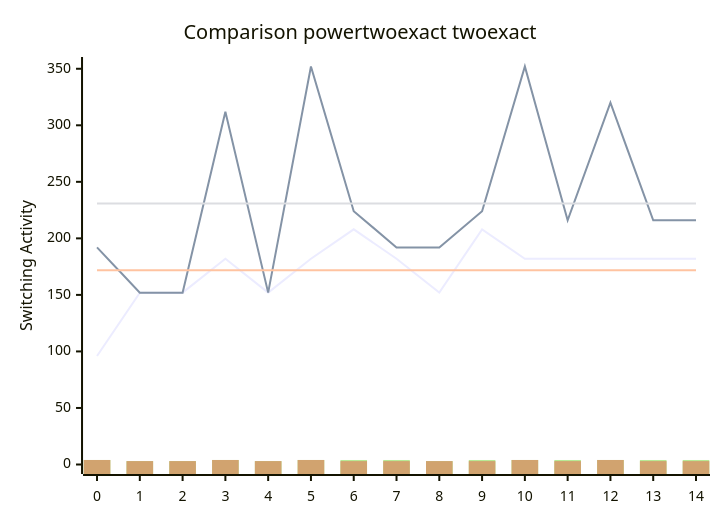
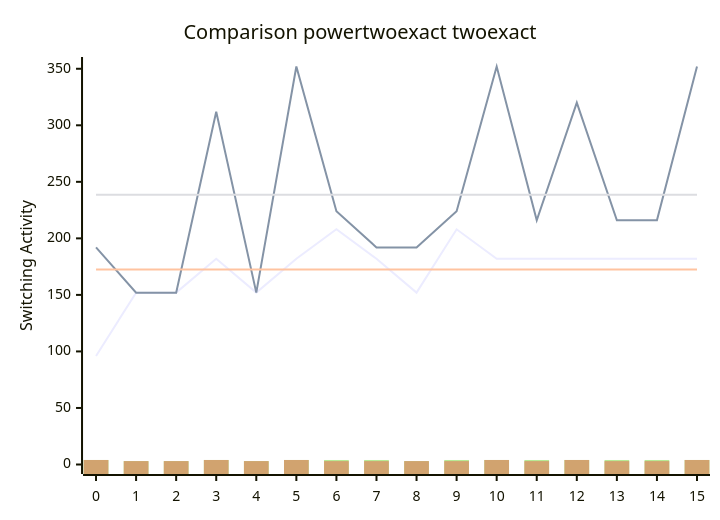
One commit to FeldmeierMichael/Exact-Power-Synthesis changed the diagram in benchmark.md. Above: the diagram before and after it, drawn with Mermaid. The commit also changed other lines of this file and 2 other files, not shown here.

````diff
--- a/benchmark.md
+++ b/benchmark.md
@@ -31,12 +33,12 @@
 ```mermaid
 xychart-beta
     title "Comparison powertwoexact twoexact"
-    x-axis [0, 1, 2, 3, 4, 5, 6, 7, 8, 9, 10, 11, 12, 13, 14]
+    x-axis [0, 1, 2, 3, 4, 5, 6, 7, 8, 9, 10, 11, 12, 13, 14, 15]
     y-axis "Switching Activity" 0-->352
-    line [96, 152, 152, 182, 152, 182, 208, 182, 152, 208, 182, 182, 182, 182, 182]
-    line [192, 152, 152, 312, 152, 352, 224, 192, 192, 224, 352, 216, 320, 216, 216]
-    line [171.73333333333332, 171.73333333333332, 171.73333333333332, 171.73333333333332, 171.73333333333332, 171.73333333333332, 171.73333333333332, 171.73333333333332, 171.73333333333332, 171.73333333333332, 171.73333333333332, 171.73333333333332, 171.73333333333332, 171.73333333333332, 171.73333333333332]
-    line [230.93333333333334, 230.93333333333334, 230.93333333333334, 230.93333333333334, 230.93333333333334, 230.93333333333334, 230.93333333333334, 230.93333333333334, 230.93333333333334, 230.93333333333334, 230.93333333333334, 230.93333333333334, 230.93333333333334, 230.93333333333334, 230.93333333333334]
-    bar [4, 3, 3, 4, 3, 4, 4, 4, 3, 4, 4, 4, 4, 4, 4, 4, 3, 3, 4, 3, 4, 4, 4, 3, 4, 4, 4, 4, 4, 4, 4, 3, 3, 4, 3, 4, 4, 4, 3, 4, 4, 4, 4, 4, 4, 4, 3, 3, 4, 3, 4, 4, 4, 3, 4, 4, 4, 4, 4, 4, 4, 3, 3, 4, 3, 4, 4, 4, 3, 4, 4, 4, 4, 4, 4, 4, 3, 3, 4, 3, 4, 4, 4, 3, 4, 4, 4, 4, 4, 4, 4, 3, 3, 4, 3, 4, 4, 4, 3, 4, 4, 4, 4, 4, 4, 4, 3, 3, 4, 3, 4, 4, 4, 3, 4, 4, 4, 4, 4, 4, 4, 3, 3, 4, 3, 4, 4, 4, 3, 4, 4, 4, 4, 4, 4, 4, 3, 3, 4, 3, 4, 4, 4, 3, 4, 4, 4, 4, 4, 4, 4, 3, 3, 4, 3, 4, 4, 4, 3, 4, 4, 4, 4, 4, 4, 4, 3, 3, 4, 3, 4, 4, 4, 3, 4, 4, 4, 4, 4, 4, 4, 3, 3, 4, 3, 4, 4, 4, 3, 4, 4, 4, 4, 4, 4, 4, 3, 3, 4, 3, 4, 4, 4, 3, 4, 4, 4, 4, 4, 4, 4, 3, 3, 4, 3, 4, 4, 4, 3, 4, 4, 4, 4, 4, 4, 4, 3, 3, 4, 3, 4, 4, 4, 3, 4, 4, 4, 4, 4, 4, 4, 3, 3, 4, 3, 4, 4, 4, 3, 4, 4, 4, 4, 4, 4, 4, 3, 3, 4, 3, 4, 4, 4, 3, 4, 4, 4, 4, 4, 4, 4, 3, 3, 4, 3, 4, 4, 4, 3, 4, 4, 4, 4, 4, 4, 4, 3, 3, 4, 3, 4, 4, 4, 3, 4, 4, 4, 4, 4, 4]
-    bar [4, 3, 3, 4, 3, 4, 3, 3, 3, 3, 4, 3, 4, 3, 3, 4, 3, 3, 4, 3, 4, 3, 3, 3, 3, 4, 3, 4, 3, 3, 4, 3, 3, 4, 3, 4, 3, 3, 3, 3, 4, 3, 4, 3, 3, 4, 3, 3, 4, 3, 4, 3, 3, 3, 3, 4, 3, 4, 3, 3, 4, 3, 3, 4, 3, 4, 3, 3, 3, 3, 4, 3, 4, 3, 3, 4, 3, 3, 4, 3, 4, 3, 3, 3, 3, 4, 3, 4, 3, 3, 4, 3, 3, 4, 3, 4, 3, 3, 3, 3, 4, 3, 4, 3, 3, 4, 3, 3, 4, 3, 4, 3, 3, 3, 3, 4, 3, 4, 3, 3, 4, 3, 3, 4, 3, 4, 3, 3, 3, 3, 4, 3, 4, 3, 3, 4, 3, 3, 4, 3, 4, 3, 3, 3, 3, 4, 3, 4, 3, 3, 4, 3, 3, 4, 3, 4, 3, 3, 3, 3, 4, 3, 4, 3, 3, 4, 3, 3, 4, 3, 4, 3, 3, 3, 3, 4, 3, 4, 3, 3, 4, 3, 3, 4, 3, 4, 3, 3, 3, 3, 4, 3, 4, 3, 3, 4, 3, 3, 4, 3, 4, 3, 3, 3, 3, 4, 3, 4, 3, 3, 4, 3, 3, 4, 3, 4, 3, 3, 3, 3, 4, 3, 4, 3, 3, 4, 3, 3, 4, 3, 4, 3, 3, 3, 3, 4, 3, 4, 3, 3, 4, 3, 3, 4, 3, 4, 3, 3, 3, 3, 4, 3, 4, 3, 3, 4, 3, 3, 4, 3, 4, 3, 3, 3, 3, 4, 3, 4, 3, 3, 4, 3, 3, 4, 3, 4, 3, 3, 3, 3, 4, 3, 4, 3, 3, 4, 3, 3, 4, 3, 4, 3, 3, 3, 3, 4, 3, 4, 3, 3]
+    line [96, 152, 152, 182, 152, 182, 208, 182, 152, 208, 182, 182, 182, 182, 182, 182]
+    line [192, 152, 152, 312, 152, 352, 224, 192, 192, 224, 352, 216, 320, 216, 216, 352]
+    line [172.375, 172.375, 172.375, 172.375, 172.375, 172.375, 172.375, 172.375, 172.375, 172.375, 172.375, 172.375, 172.375, 172.375, 172.375, 172.375]
+    line [238.5, 238.5, 238.5, 238.5, 238.5, 238.5, 238.5, 238.5, 238.5, 238.5, 238.5, 238.5, 238.5, 238.5, 238.5, 238.5]
+    bar [4, 3, 3, 4, 3, 4, 4, 4, 3, 4, 4, 4, 4, 4, 4, 4, 4, 3, 3, 4, 3, 4, 4, 4, 3, 4, 4, 4, 4, 4, 4, 4, 4, 3, 3, 4, 3, 4, 4, 4, 3, 4, 4, 4, 4, 4, 4, 4, 4, 3, 3, 4, 3, 4, 4, 4, 3, 4, 4, 4, 4, 4, 4, 4, 4, 3, 3, 4, 3, 4, 4, 4, 3, 4, 4, 4, 4, 4, 4, 4, 4, 3, 3, 4, 3, 4, 4, 4, 3, 4, 4, 4, 4, 4, 4, 4, 4, 3, 3, 4, 3, 4, 4, 4, 3, 4, 4, 4, 4, 4, 4, 4, 4, 3, 3, 4, 3, 4, 4, 4, 3, 4, 4, 4, 4, 4, 4, 4, 4, 3, 3, 4, 3, 4, 4, 4, 3, 4, 4, 4, 4, 4, 4, 4, 4, 3, 3, 4, 3, 4, 4, 4, 3, 4, 4, 4, 4, 4, 4, 4, 4, 3, 3, 4, 3, 4, 4, 4, 3, 4, 4, 4, 4, 4, 4, 4, 4, 3, 3, 4, 3, 4, 4, 4, 3, 4, 4, 4, 4, 4, 4, 4, 4, 3, 3, 4, 3, 4, 4, 4, 3, 4, 4, 4, 4, 4, 4, 4, 4, 3, 3, 4, 3, 4, 4, 4, 3, 4, 4, 4, 4, 4, 4, 4, 4, 3, 3, 4, 3, 4, 4, 4, 3, 4, 4, 4, 4, 4, 4, 4, 4, 3, 3, 4, 3, 4, 4, 4, 3, 4, 4, 4, 4, 4, 4, 4, 4, 3, 3, 4, 3, 4, 4, 4, 3, 4, 4, 4, 4, 4, 4, 4, 4, 3, 3, 4, 3, 4, 4, 4, 3, 4, 4, 4, 4, 4, 4, 4, 4, 3, 3, 4, 3, 4, 4, 4, 3, 4, 4, 4, 4, 4, 4, 4, 4, 3, 3, 4, 3, 4, 4, 4, 3, 4, 4, 4, 4, 4, 4, 4]
+    bar [4, 3, 3, 4, 3, 4, 3, 3, 3, 3, 4, 3, 4, 3, 3, 4, 4, 3, 3, 4, 3, 4, 3, 3, 3, 3, 4, 3, 4, 3, 3, 4, 4, 3, 3, 4, 3, 4, 3, 3, 3, 3, 4, 3, 4, 3, 3, 4, 4, 3, 3, 4, 3, 4, 3, 3, 3, 3, 4, 3, 4, 3, 3, 4, 4, 3, 3, 4, 3, 4, 3, 3, 3, 3, 4, 3, 4, 3, 3, 4, 4, 3, 3, 4, 3, 4, 3, 3, 3, 3, 4, 3, 4, 3, 3, 4, 4, 3, 3, 4, 3, 4, 3, 3, 3, 3, 4, 3, 4, 3, 3, 4, 4, 3, 3, 4, 3, 4, 3, 3, 3, 3, 4, 3, 4, 3, 3, 4, 4, 3, 3, 4, 3, 4, 3, 3, 3, 3, 4, 3, 4, 3, 3, 4, 4, 3, 3, 4, 3, 4, 3, 3, 3, 3, 4, 3, 4, 3, 3, 4, 4, 3, 3, 4, 3, 4, 3, 3, 3, 3, 4, 3, 4, 3, 3, 4, 4, 3, 3, 4, 3, 4, 3, 3, 3, 3, 4, 3, 4, 3, 3, 4, 4, 3, 3, 4, 3, 4, 3, 3, 3, 3, 4, 3, 4, 3, 3, 4, 4, 3, 3, 4, 3, 4, 3, 3, 3, 3, 4, 3, 4, 3, 3, 4, 4, 3, 3, 4, 3, 4, 3, 3, 3, 3, 4, 3, 4, 3, 3, 4, 4, 3, 3, 4, 3, 4, 3, 3, 3, 3, 4, 3, 4, 3, 3, 4, 4, 3, 3, 4, 3, 4, 3, 3, 3, 3, 4, 3, 4, 3, 3, 4, 4, 3, 3, 4, 3, 4, 3, 3, 3, 3, 4, 3, 4, 3, 3, 4, 4, 3, 3, 4, 3, 4, 3, 3, 3, 3, 4, 3, 4, 3, 3, 4, 4, 3, 3, 4, 3, 4, 3, 3, 3, 3, 4, 3, 4, 3, 3, 4]
 ```
````
